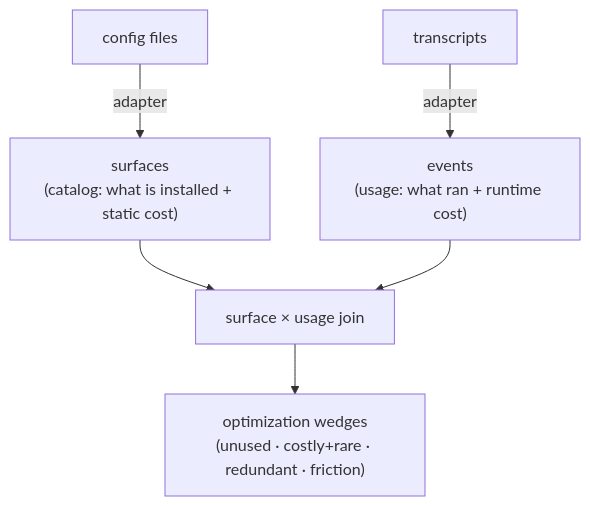
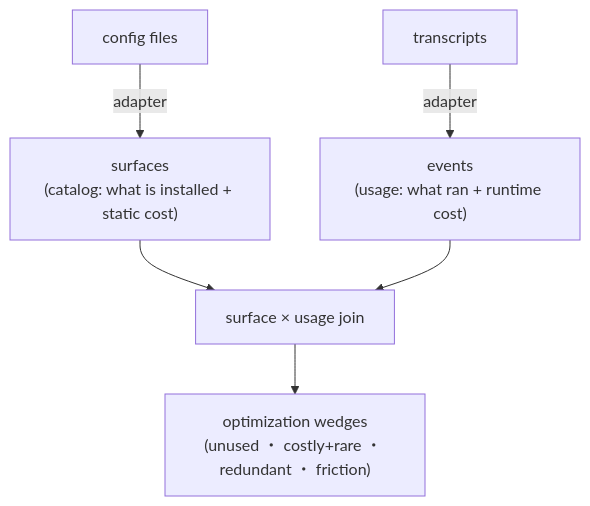
Before and after one commit to armaniacs/saniwalens: the second of 3 diagrams in docs/specs/architecture.md, drawn with Mermaid. The commit also changed other lines of this file, not shown here.

First line of the commit message:
docs(specs): docs-charset 規約に従い architecture.md の em dash を水平棒に置き換える

````diff
--- a/docs/specs/architecture.md
+++ b/docs/specs/architecture.md
@@ -66,8 +66,8 @@
 ```mermaid
 flowchart TD
     cfg["config files"] -->|adapter| S["surfaces<br/>(catalog: what is installed + static cost)"]
     tx["transcripts"] -->|adapter| E["events<br/>(usage: what ran + runtime cost)"]
     S --> J["surface × usage join"]
     E --> J
-    J --> W["optimization wedges<br/>(unused · costly+rare · redundant · friction)"]
+    J --> W["optimization wedges<br/>(unused ・ costly+rare ・ redundant ・ friction)"]
 ```
````
